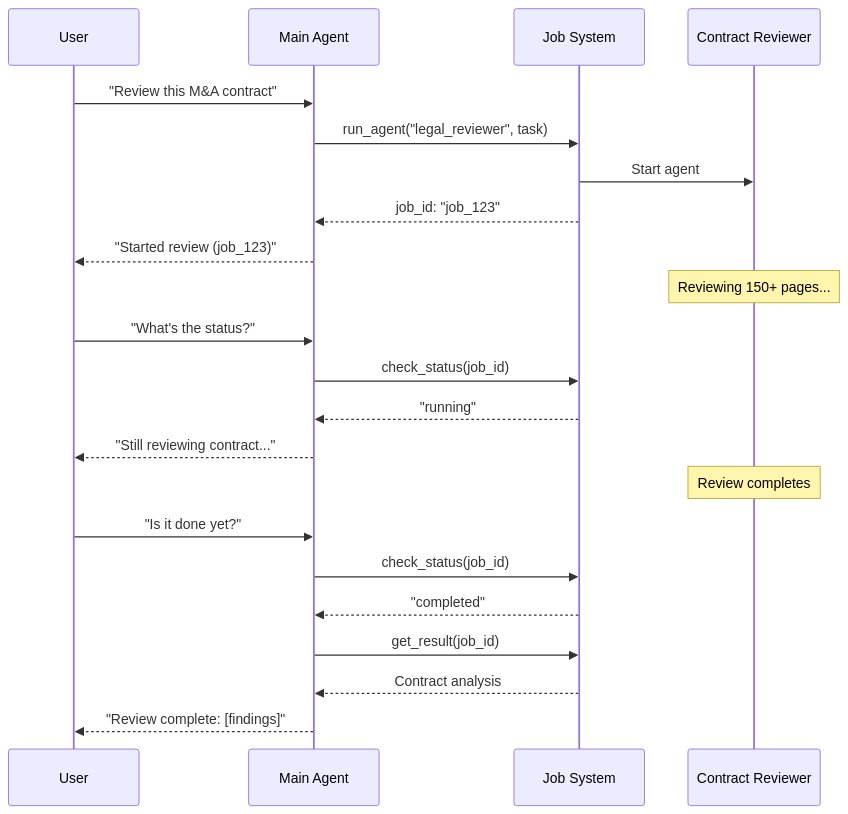
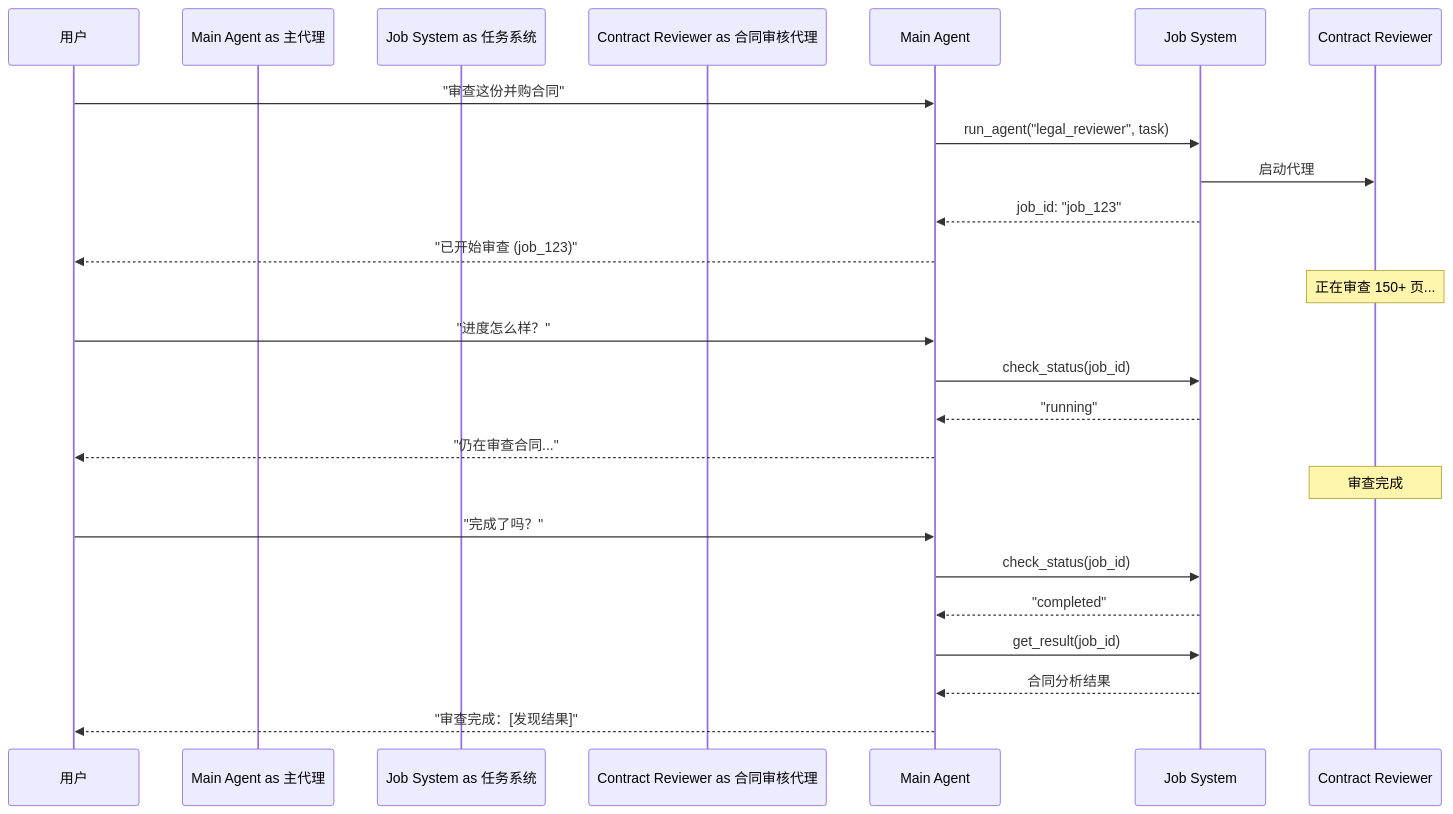
The third of 5 diagrams in oss/python/langchain/multi-agent/subagents.mdx (kunfan96/cndocs-langchain), drawn with Mermaid before and after one commit. The commit also changed other lines of this file and 1450 other files, not shown here.

````diff
--- a/oss/python/langchain/multi-agent/subagents.mdx
+++ b/oss/python/langchain/multi-agent/subagents.mdx
@@ -126,29 +126,29 @@
 ```mermaid
 sequenceDiagram
-    participant User
-    participant Main Agent
-    participant Job System
-    participant Contract Reviewer
+    participant User as 用户
+    participant Main Agent as 主代理
+    participant Job System as 任务系统
+    participant Contract Reviewer as 合同审核代理
 
-    User->>Main Agent: "Review this M&A contract"
+    User->>Main Agent: "审查这份并购合同"
     Main Agent->>Job System: run_agent("legal_reviewer", task)
-    Job System->>Contract Reviewer: Start agent
+    Job System->>Contract Reviewer: 启动代理
     Job System-->>Main Agent: job_id: "job_123"
-    Main Agent-->>User: "Started review (job_123)"
+    Main Agent-->>User: "已开始审查 (job_123)"
 
-    Note over Contract Reviewer: Reviewing 150+ pages...
+    Note over Contract Reviewer: 正在审查 150+ 页...
 
-    User->>Main Agent: "What's the status?"
+    User->>Main Agent: "进度怎么样？"
     Main Agent->>Job System: check_status(job_id)
     Job System-->>Main Agent: "running"
-    Main Agent-->>User: "Still reviewing contract..."
+    Main Agent-->>User: "仍在审查合同..."
 
-    Note over Contract Reviewer: Review completes
+    Note over Contract Reviewer: 审查完成
 
-    User->>Main Agent: "Is it done yet?"
+    User->>Main Agent: "完成了吗？"
     Main Agent->>Job System: check_status(job_id)
     Job System-->>Main Agent: "completed"
     Main Agent->>Job System: get_result(job_id)
-    Job System-->>Main Agent: Contract analysis
-    Main Agent-->>User: "Review complete: [findings]"
+    Job System-->>Main Agent: 合同分析结果
+    Main Agent-->>User: "审查完成：[发现结果]"
 ```
````
